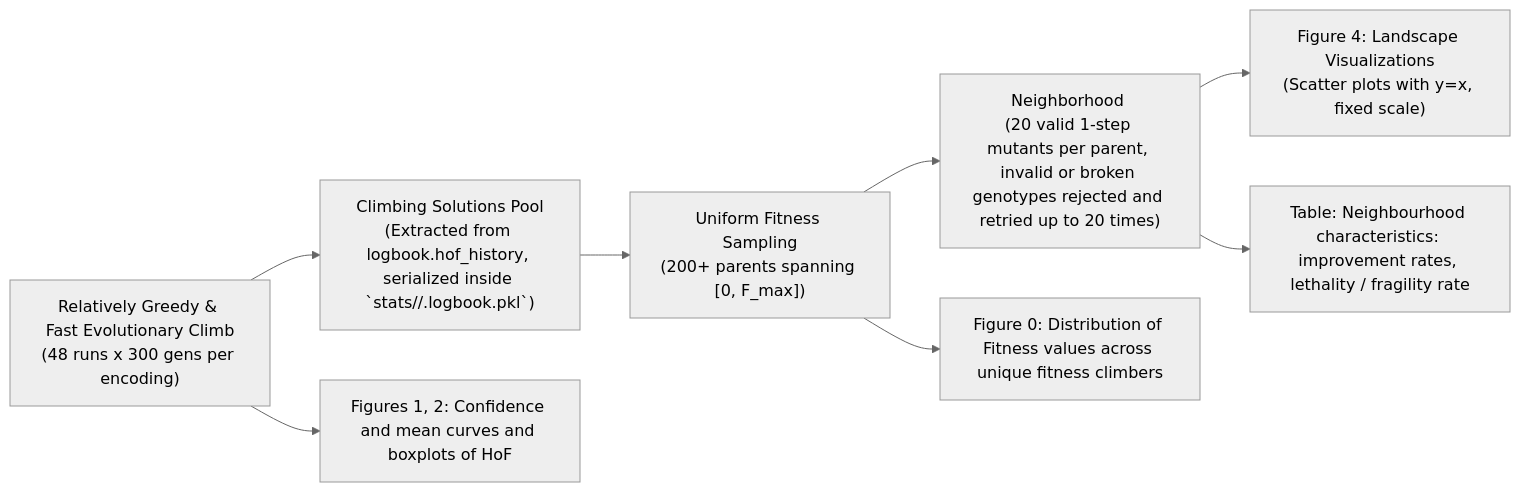
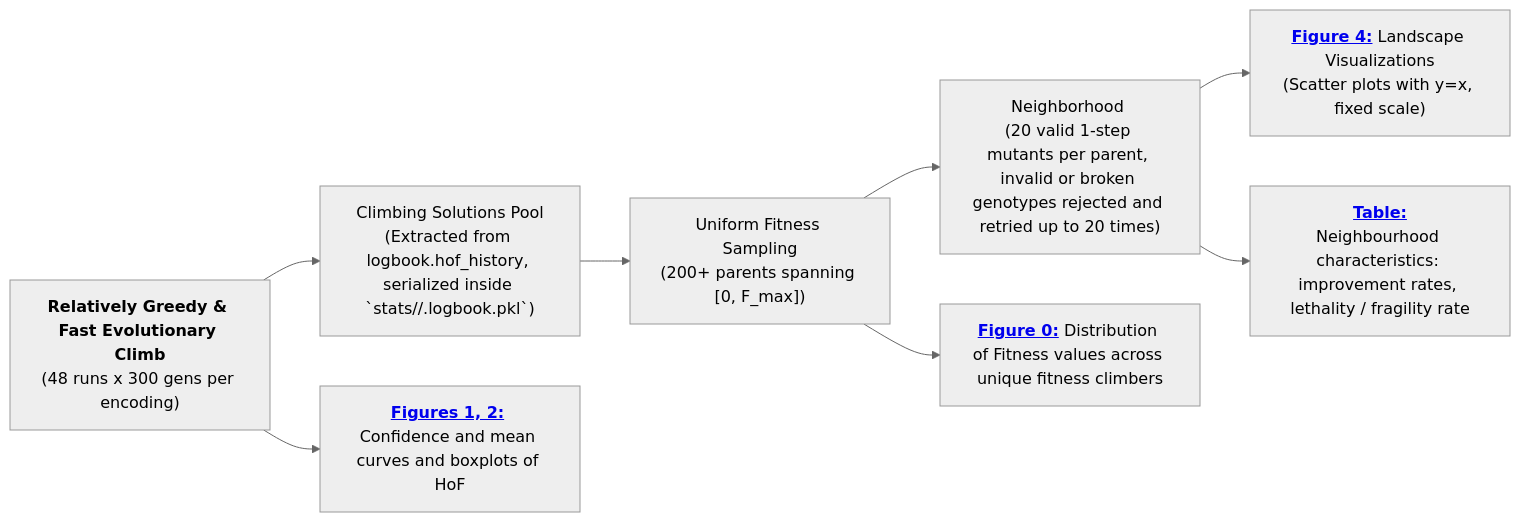
Before and after one commit to Klavierkonzert/msc-ai: the diagram in sem-1/BIA/Evolutionary Design/assignments/Assignment 6 - Fitness Landscape Exploration/task1/README.md, drawn with Mermaid (neutral theme).

Commit message:
BIA/evo docs(assignment 6: task 1): enchanced mermaid diagram

````diff
--- a/sem-1/BIA/Evolutionary Design/assignments/Assignment 6 - Fitness Landscape Exploration/task1/README.md
+++ b/sem-1/BIA/Evolutionary Design/assignments/Assignment 6 - Fitness Landscape Exploration/task1/README.md
@@ -44,10 +44,10 @@
 ```mermaid
 flowchart LR
-    A["Relatively Greedy & Fast Evolutionary Climb<br>(48 runs x 300 gens per encoding)"] --> B["Climbing Solutions Pool<br>(Extracted from logbook.hof_history, serialized inside `stats/<timestamp>/<hof_base>.logbook.pkl`)"]
-    A --> CurvesBoxplots["Figures 1, 2: Confidence and mean curves and boxplots of HoF"]
+    A["<b>Relatively Greedy & Fast Evolutionary Climb</b><br>(48 runs x 300 gens per encoding)"] --> B["Climbing Solutions Pool<br>(Extracted from logbook.hof_history, serialized inside `stats/<timestamp>/<hof_base>.logbook.pkl`)"]
+    A --> CurvesBoxplots["<a href=#fig-evolution-mean-curves><b>Figures 1, 2:</b></a> Confidence and mean curves and boxplots of HoF"]
     B --> C["Uniform Fitness Sampling<br>(200+ parents spanning [0, F_max])"]
     C --> D["Neighborhood <br>(20 valid 1-step mutants per parent, invalid or broken genotypes rejected and retried up to 20 times)"]
-    C --> ClimbersFitnessDistr["Figure 0: Distribution of Fitness values across unique fitness climbers"]
-    D --> E["Figure 4: Landscape Visualizations<br>(Scatter plots with y=x, fixed scale)"]
-    D --> N["Table: Neighbourhood characteristics: improvement rates, lethality / fragility rate"]
+    C --> ClimbersFitnessDistr["<a href=#fig-distribution-parents-climbers><b>Figure 0:</b></a> Distribution of Fitness values across unique fitness climbers"]
+    D --> E["<a href=#eoeu><b>Figure 4:</b></a> Landscape Visualizations<br>(Scatter plots with y=x, fixed scale)"]
+    D --> N["<a href=#table-neighborhood-characteristics><b>Table:</b></a><br>Neighbourhood characteristics: improvement rates, lethality / fragility rate"]
 ```
````
